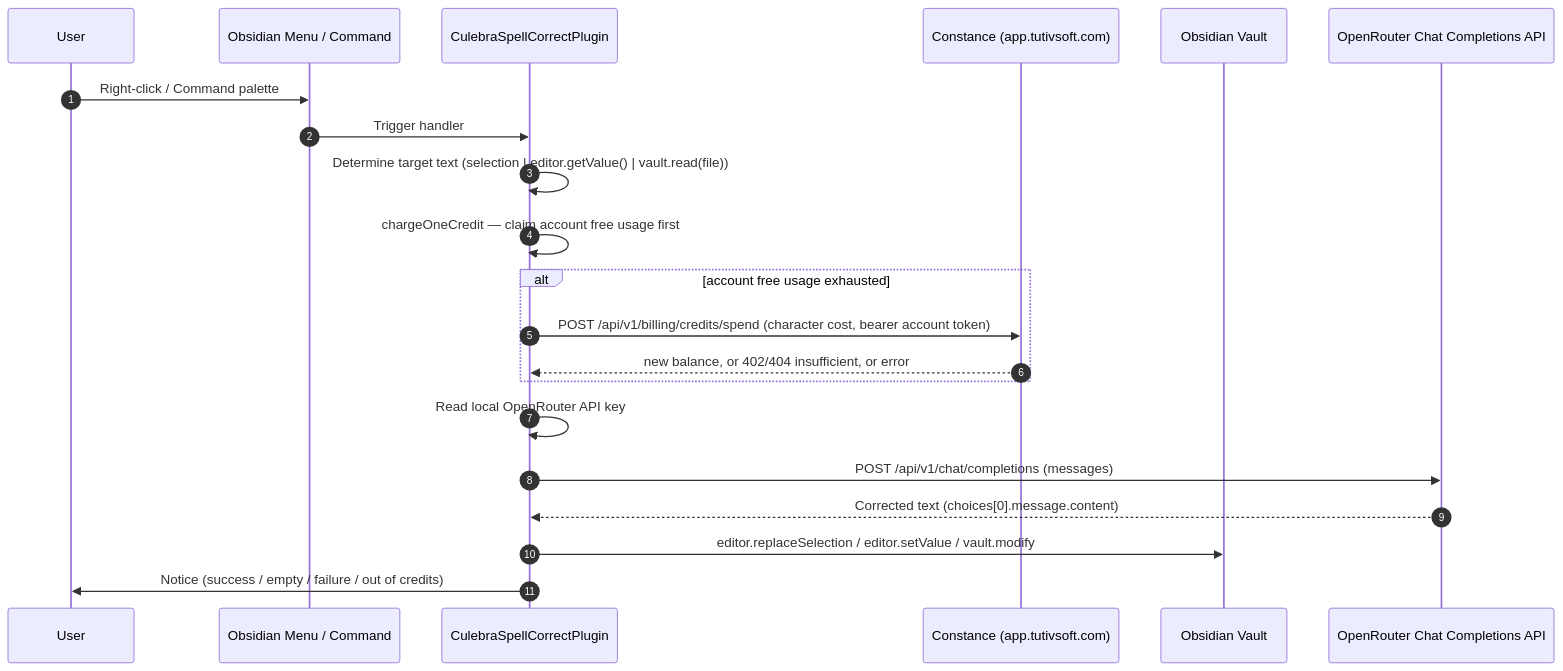
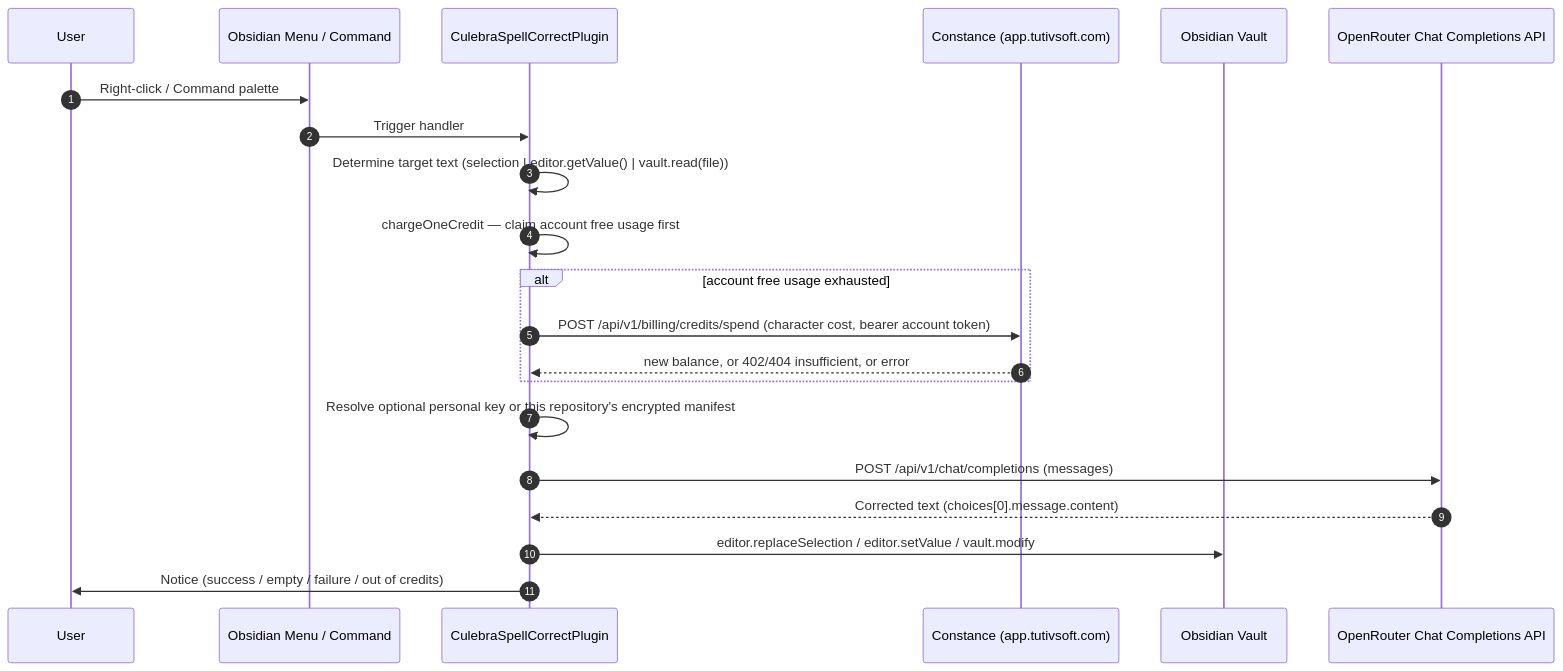
The second of 3 diagrams in architecture.md (tutivsoft-com/Culebra-Obsidian-AI-Auto-Correct-Spelling), drawn with Mermaid before and after one commit. The commit also changed other lines of this file and 5 other files, not shown here.

Commit message:
docs: align OpenRouter and operation guides with current behavior

````diff
--- a/architecture.md
+++ b/architecture.md
@@ -40,23 +40,23 @@
 ```mermaid
 sequenceDiagram
     autonumber
     participant U as User
     participant M as Obsidian Menu / Command
     participant P as CulebraSpellCorrectPlugin
     participant C as Constance (app.tutivsoft.com)
     participant V as Obsidian Vault
     participant O as OpenRouter Chat Completions API
     U->>M: Right-click / Command palette
     M->>P: Trigger handler
     P->>P: Determine target text (selection | editor.getValue() | vault.read(file))
     P->>P: chargeOneCredit — claim account free usage first
     alt account free usage exhausted
         P->>C: POST /api/v1/billing/credits/spend (character cost, bearer account token)
         C-->>P: new balance, or 402/404 insufficient, or error
     end
-    P->>P: Read local OpenRouter API key
+    P->>P: Resolve optional personal key or this repository's encrypted manifest
     P->>O: POST /api/v1/chat/completions (messages)
     O-->>P: Corrected text (choices[0].message.content)
     P->>V: editor.replaceSelection / editor.setValue / vault.modify
     P->>U: Notice (success / empty / failure / out of credits)
 ```
````
